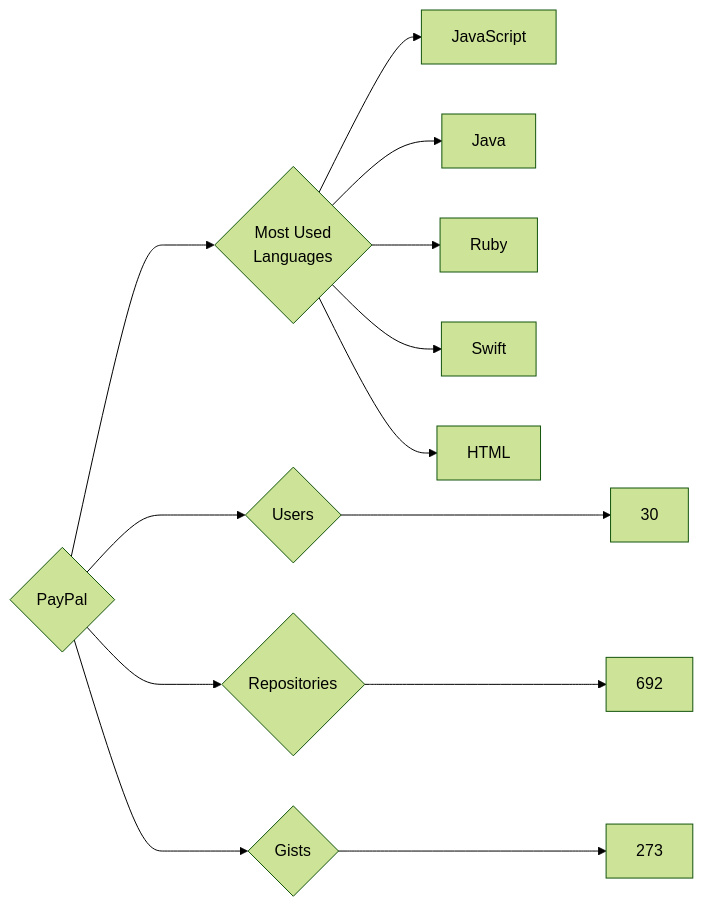
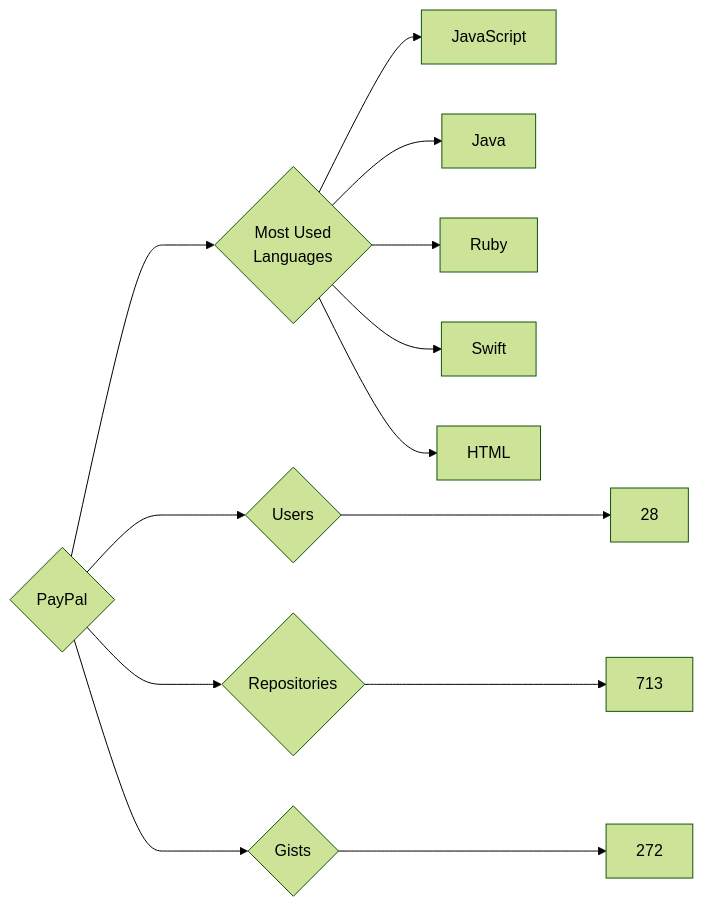
Before and after one commit to trickest/insiders: the diagram in targets/PayPal/README.md, drawn with Mermaid (forest theme). The commit also changed 976 other files, not shown here.

````diff
--- a/targets/PayPal/README.md
+++ b/targets/PayPal/README.md
@@ -3,13 +3,13 @@
 ```mermaid
 graph LR
 COMPANY_NAME{PayPal}
-COMPANY_NAME ---> U{Users} ---> UN[30]
-COMPANY_NAME ---> R{Repositories} ---> RN[692]
-COMPANY_NAME ---> G{Gists} ---> GN[273]
+COMPANY_NAME ---> U{Users} ---> UN[28]
+COMPANY_NAME ---> R{Repositories} ---> RN[713]
+COMPANY_NAME ---> G{Gists} ---> GN[272]
 COMPANY_NAME ---> ML{Most Used<br>Languages}
 ML --> JavaScript[JavaScript]
 ML --> Java[Java]
 ML --> Ruby[Ruby]
 ML --> Swift[Swift]
 ML --> HTML[HTML]
 ```
````
